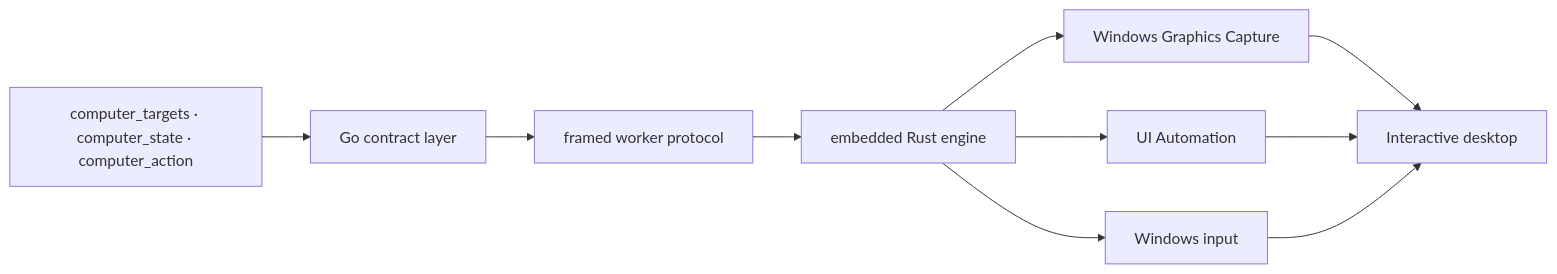
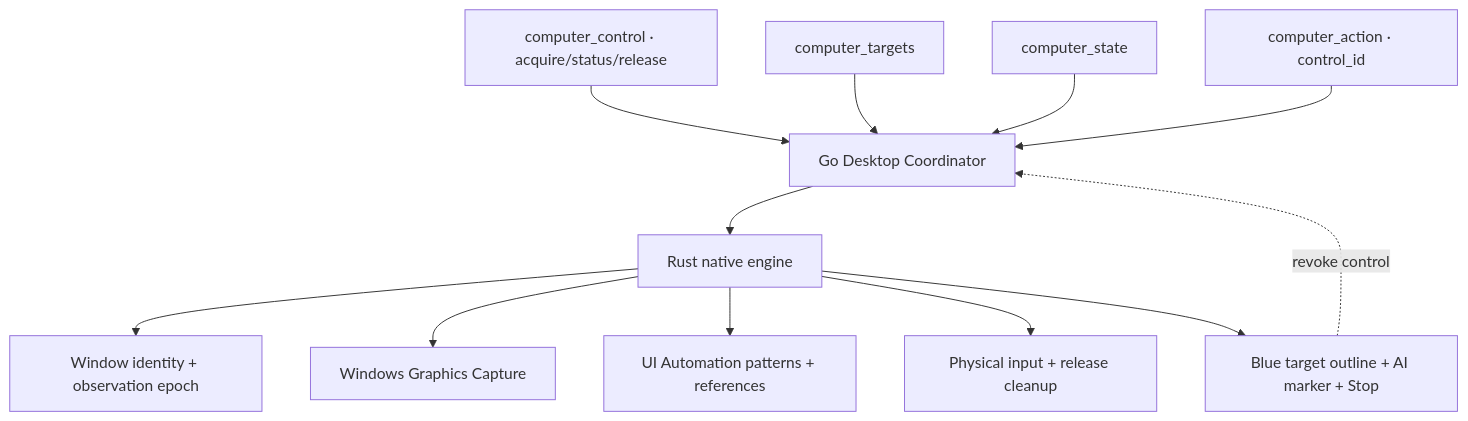
One commit to hicancan/local-runtime-mcp changed the sixth of 7 diagrams in README.md. Above: the diagram before and after it, drawn with Mermaid. The commit also changed other lines of this file and 65 other files, not shown here.

````diff
--- a/README.md
+++ b/README.md
@@ -205,12 +196,14 @@
 ```mermaid
-flowchart LR
-    TOOLS[computer_targets · computer_state · computer_action] --> CONTRACT[Go contract layer]
-    CONTRACT --> IPC[framed worker protocol]
-    IPC --> RUST[embedded Rust engine]
-    RUST --> WGC[Windows Graphics Capture]
-    RUST --> UIA[UI Automation]
-    RUST --> INPUT[Windows input]
-    WGC --> DESKTOP[Interactive desktop]
-    UIA --> DESKTOP
-    INPUT --> DESKTOP
+flowchart TB
+    Control[computer_control · acquire/status/release] --> Coordinator[Go Desktop Coordinator]
+    Targets[computer_targets] --> Coordinator
+    State[computer_state] --> Coordinator
+    Action[computer_action · control_id] --> Coordinator
+    Coordinator --> Worker[Rust native engine]
+    Worker --> Identity[Window identity + observation epoch]
+    Worker --> Capture[Windows Graphics Capture]
+    Worker --> UIA[UI Automation patterns + references]
+    Worker --> Input[Physical input + release cleanup]
+    Worker --> Overlay[Blue target outline + AI marker + Stop]
+    Overlay -. revoke control .-> Coordinator
 ```
````
